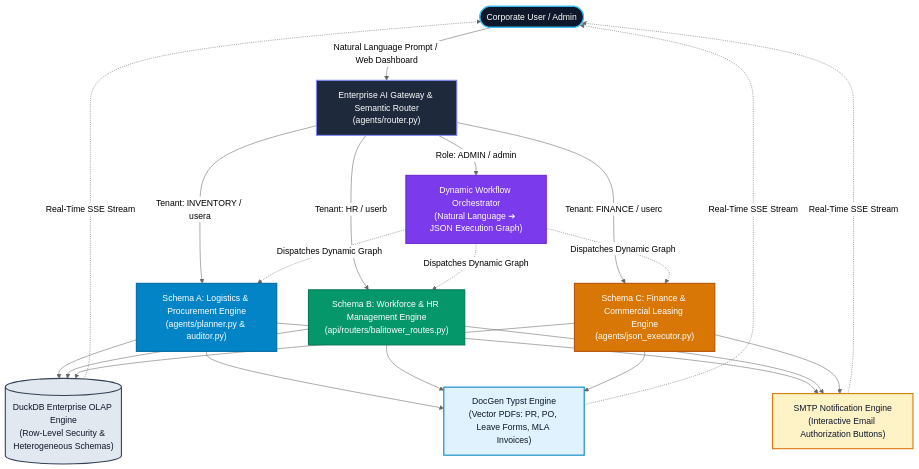
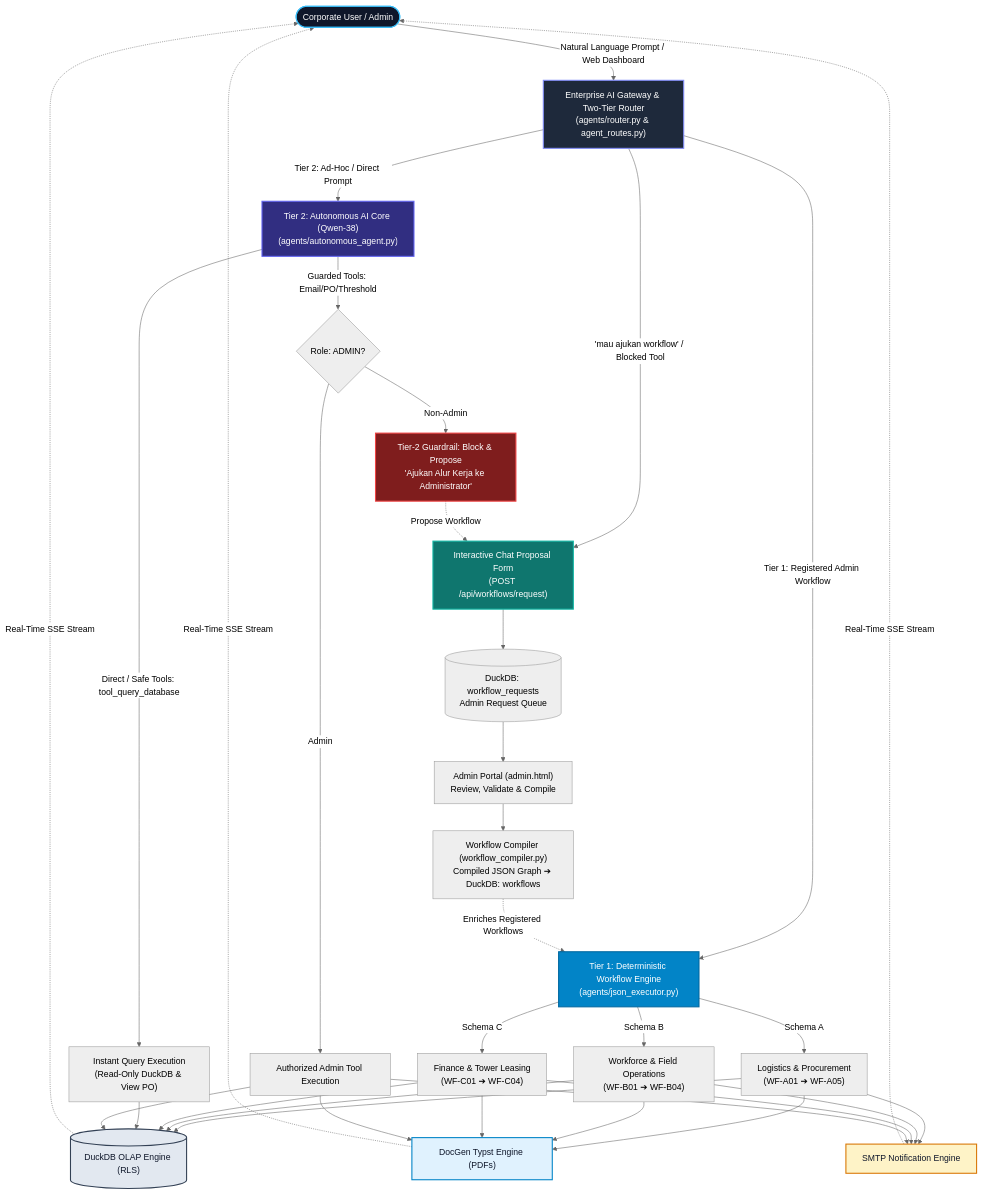
The first of 5 diagrams in README.md (daffaarigoh/AutoRestock-Agent), drawn with Mermaid (neutral theme) before and after one commit. The commit also changed other lines of this file and 43 other files, not shown here.

Commit message:
feat: enhance autonomous multi-agent orchestration, tenant isolation, and enterprise audit test suites

````diff
--- a/README.md
+++ b/README.md
@@ -34,33 +34,47 @@
 ```mermaid
 flowchart TD
     %% USER & CLIENT INGRESS
-    Client([Corporate User / Admin]) -->|Natural Language Prompt / Web Dashboard| Gateway["Enterprise AI Gateway & Semantic Router<br/>(agents/router.py)"]
+    Client([Corporate User / Admin]) -->|Natural Language Prompt / Web Dashboard| Gateway["Enterprise AI Gateway & Two-Tier Router<br/>(agents/router.py & agent_routes.py)"]
 
-    %% DISPATCH CHANNELS
-    Gateway -->|Tenant: INVENTORY / usera| EngineA["Schema A: Logistics & Procurement Engine<br/>(agents/planner.py & auditor.py)"]
-    Gateway -->|Tenant: HR / userb| EngineB["Schema B: Workforce & HR Management Engine<br/>(api/routers/balitower_routes.py)"]
-    Gateway -->|Tenant: FINANCE / userc| EngineC["Schema C: Finance & Commercial Leasing Engine<br/>(agents/json_executor.py)"]
-    Gateway -->|Role: ADMIN / admin| Orchestrator["Dynamic Workflow Orchestrator<br/>(Natural Language ➔ JSON Execution Graph)"]
+    %% TWO-TIER ROUTING
+    Gateway -->|Tier 1: Registered Admin Workflow| Tier1["Tier 1: Deterministic Workflow Engine<br/>(agents/json_executor.py)"]
+    Gateway -->|Tier 2: Ad-Hoc / Direct Prompt| Tier2["Tier 2: Autonomous AI Core (Qwen-38)<br/>(agents/autonomous_agent.py)"]
+    Gateway -->|'mau ajukan workflow' / Blocked Tool| WfReq["Interactive Chat Proposal Form<br/>(POST /api/workflows/request)"]
 
-    %% WORKFLOW ORCHESTRATOR LINK
-    Orchestrator -.->|Dispatches Dynamic Graph| EngineA & EngineB & EngineC
+    %% TIER 1 DIVISION DISPATCH
+    Tier1 -->|Schema A| EngineA["Logistics & Procurement<br/>(WF-A01 ➔ WF-A05)"]
+    Tier1 -->|Schema B| EngineB["Workforce & Field Operations<br/>(WF-B01 ➔ WF-B04)"]
+    Tier1 -->|Schema C| EngineC["Finance & Tower Leasing<br/>(WF-C01 ➔ WF-C04)"]
 
-    %% SHARED ENTERPRISE INFRASTRUCTURE
-    EngineA & EngineB & EngineC --> SharedDB[("DuckDB Enterprise OLAP Engine<br/>(Row-Level Security & Heterogeneous Schemas)")]
-    EngineA & EngineB & EngineC --> DocGen["DocGen Typst Engine<br/>(Vector PDFs: PR, PO, Leave Forms, MLA Invoices)"]
-    EngineA & EngineB & EngineC --> Dispatcher["SMTP Notification Engine<br/>(Interactive Email Authorization Buttons)"]
+    %% TIER 2 TOOL CLASSIFICATION
+    Tier2 -->|Direct / Safe Tools: tool_query_database| SafeExec["Instant Query Execution<br/>(Read-Only DuckDB & View PO)"]
+    Tier2 -->|Guarded Tools: Email/PO/Threshold| Guardrail{"Role: ADMIN?"}
+    Guardrail -->|Non-Admin| GuardBlocked["Tier-2 Guardrail: Block & Propose<br/>'Ajukan Alur Kerja ke Administrator'"]
+    Guardrail -->|Admin| AdminExec["Authorized Admin Tool Execution"]
+    GuardBlocked -.->|Propose Workflow| WfReq
+
+    %% WORKFLOW REQUEST LIFECYCLE
+    WfReq --> ReqDB[("DuckDB: workflow_requests<br/>Admin Request Queue")]
+    ReqDB --> AdminPortal["Admin Portal (admin.html)<br/>Review, Validate & Compile"]
+    AdminPortal --> Compiler["Workflow Compiler (workflow_compiler.py)<br/>Compiled JSON Graph ➔ DuckDB: workflows"]
+    Compiler -.->|Enriches Registered Workflows| Tier1
+
+    %% SHARED INFRASTRUCTURE
+    EngineA & EngineB & EngineC & SafeExec & AdminExec --> SharedDB[("DuckDB OLAP Engine (RLS)")]
+    EngineA & EngineB & EngineC & AdminExec --> DocGen["DocGen Typst Engine (PDFs)"]
+    EngineA & EngineB & EngineC & AdminExec --> Dispatcher["SMTP Notification Engine"]
 
     %% FEEDBACK LOOP
     SharedDB & DocGen & Dispatcher -.->|Real-Time SSE Stream| Client
 
     %% STYLING
     style Client fill:#0f172a,stroke:#38bdf8,stroke-width:2px,color:#fff
     style Gateway fill:#1e293b,stroke:#818cf8,stroke-width:2px,color:#fff
-    style EngineA fill:#0284c7,stroke:#0369a1,stroke-width:2px,color:#fff
-    style EngineB fill:#059669,stroke:#047857,stroke-width:2px,color:#fff
-    style EngineC fill:#d97706,stroke:#b45309,stroke-width:2px,color:#fff
-    style Orchestrator fill:#7c3aed,stroke:#6d28d9,stroke-width:2px,color:#fff
+    style Tier1 fill:#0284c7,stroke:#0369a1,stroke-width:2px,color:#fff
+    style Tier2 fill:#312e81,stroke:#6366f1,stroke-width:2px,color:#fff
+    style WfReq fill:#0f766e,stroke:#14b8a6,stroke-width:2px,color:#fff
+    style GuardBlocked fill:#7f1d1d,stroke:#ef4444,stroke-width:2px,color:#fff
     style SharedDB fill:#e2e8f0,stroke:#334155,stroke-width:2px,color:#0f172a
     style DocGen fill:#e0f2fe,stroke:#0284c7,stroke-width:2px,color:#0f172a
     style Dispatcher fill:#fef3c7,stroke:#d97706,stroke-width:2px,color:#0f172a
 ```
````
